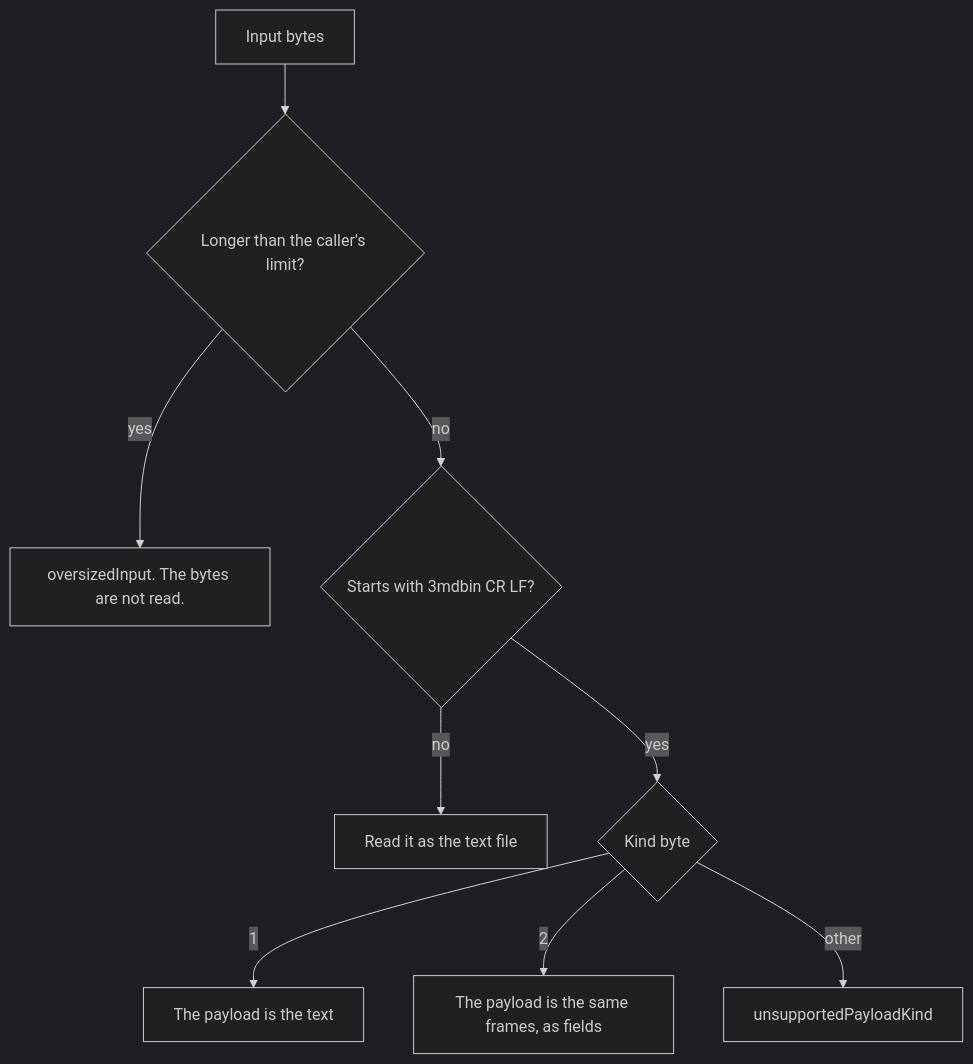
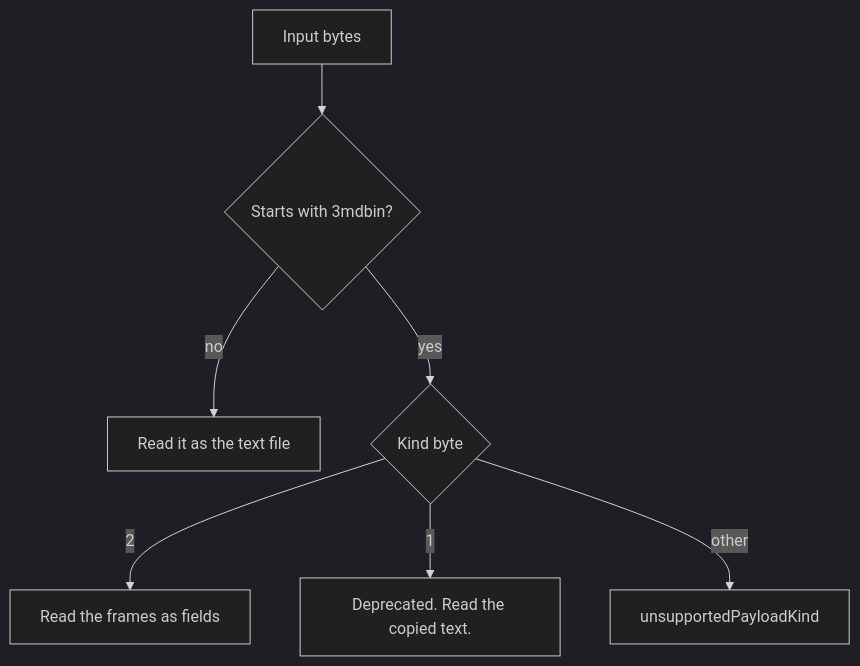
The second of 2 diagrams in README.md (CorvidLabs/3md), drawn with Mermaid (dark theme) before and after one commit. The commit also changed other lines of this file and 22 other files, not shown here.

First line of the commit message:
Update: explain the text file and the binary save

````diff
--- a/README.md
+++ b/README.md
@@ -139,11 +130,9 @@
 ```mermaid
 flowchart TD
-  bytes[Input bytes] --> length{Longer than the caller's limit?}
-  length -->|yes| refused["oversizedInput. The bytes are not read."]
-  length -->|no| magic{Starts with 3mdbin CR LF?}
+  bytes[Input bytes] --> magic{Starts with 3mdbin?}
   magic -->|no| asText[Read it as the text file]
   magic -->|yes| kind{Kind byte}
-  kind -->|1| asKind1[The payload is the text]
-  kind -->|2| asKind2[The payload is the same frames, as fields]
+  kind -->|2| asBinary[Read the frames as fields]
+  kind -->|1| legacy[Deprecated. Read the copied text.]
   kind -->|other| bad[unsupportedPayloadKind]
 ```
````
